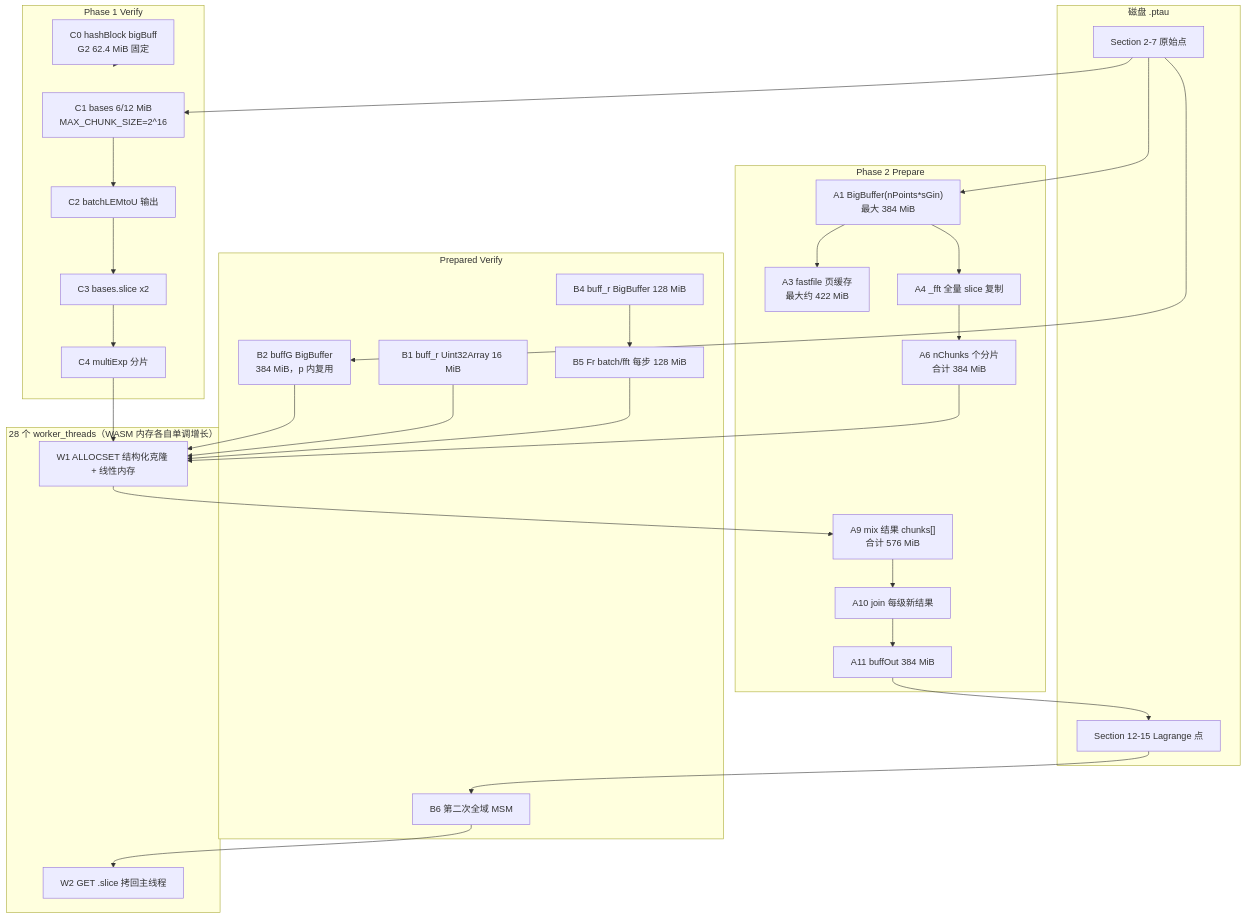
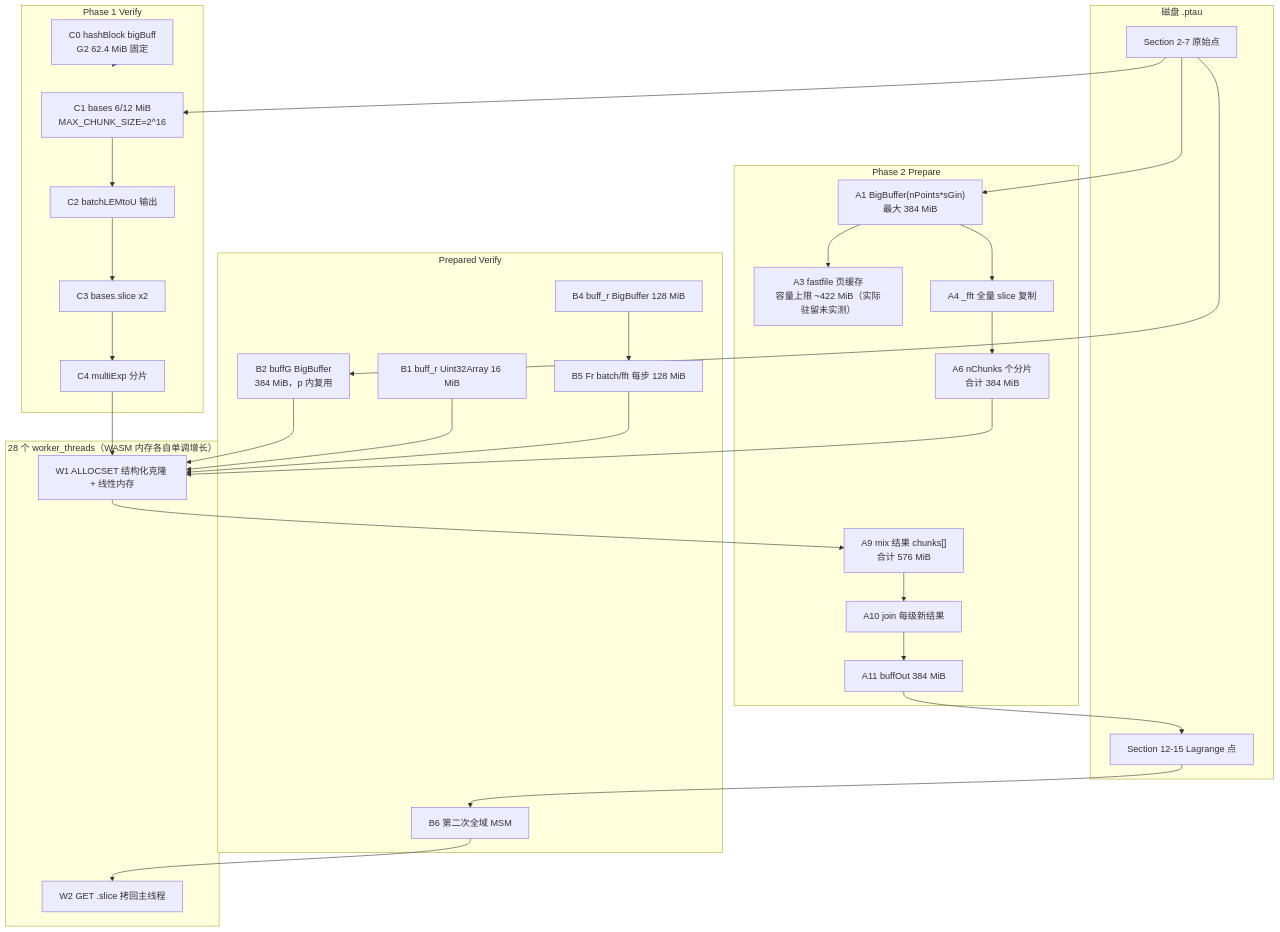
Before and after one commit to kaikai-cao/srs-optimization: the diagram in docs/MEMORY_SOURCE_AUDIT.md, drawn with Mermaid. The commit also changed other lines of this file and 8 other files, not shown here.

````diff
--- a/docs/MEMORY_SOURCE_AUDIT.md
+++ b/docs/MEMORY_SOURCE_AUDIT.md
@@ -109,49 +109,49 @@
 ```mermaid
 flowchart TD
   subgraph FILE[磁盘 .ptau]
     F1[Section 2-7 原始点]
     F2[Section 12-15 Lagrange 点]
   end
 
   subgraph VERIFY1[Phase 1 Verify]
     C0["C0 hashBlock bigBuff<br/>G2 62.4 MiB 固定"]
     C1["C1 bases 6/12 MiB<br/>MAX_CHUNK_SIZE=2^16"]
     C2["C2 batchLEMtoU 输出"]
     C3["C3 bases.slice x2"]
     C4["C4 multiExp 分片"]
   end
 
   subgraph PREPARE[Phase 2 Prepare]
     A1["A1 BigBuffer(nPoints*sGin)<br/>最大 384 MiB"]
-    A3["A3 fastfile 页缓存<br/>最大约 422 MiB"]
+    A3["A3 fastfile 页缓存<br/>容量上限 ~422 MiB（实际驻留未实测）"]
     A4["A4 _fft 全量 slice 复制"]
     A6["A6 nChunks 个分片<br/>合计 384 MiB"]
     A9["A9 mix 结果 chunks[]<br/>合计 576 MiB"]
     A10["A10 join 每级新结果"]
     A11["A11 buffOut 384 MiB"]
   end
 
   subgraph VERIFY2[Prepared Verify]
     B2["B2 buffG BigBuffer<br/>384 MiB，p 内复用"]
     B1["B1 buff_r Uint32Array 16 MiB"]
     B4["B4 buff_r BigBuffer 128 MiB"]
     B5["B5 Fr batch/fft 每步 128 MiB"]
     B6["B6 第二次全域 MSM"]
   end
 
   subgraph WORKERS[28 个 worker_threads（WASM 内存各自单调增长）]
     W1["W1 ALLOCSET 结构化克隆 + 线性内存"]
     W2["W2 GET .slice 拷回主线程"]
   end
 
   F1 --> C1 --> C2 --> C3 --> C4 --> W1
   F1 --> A1
   A1 --> A3
   A1 --> A4 --> A6 --> W1
   W1 --> A9 --> A10 --> A11 --> F2
   F1 --> B2 --> W1
   B1 --> W1
   B4 --> B5 --> W1
   F2 --> B6 --> W2
   C0 --> VERIFY1
 ```
````
